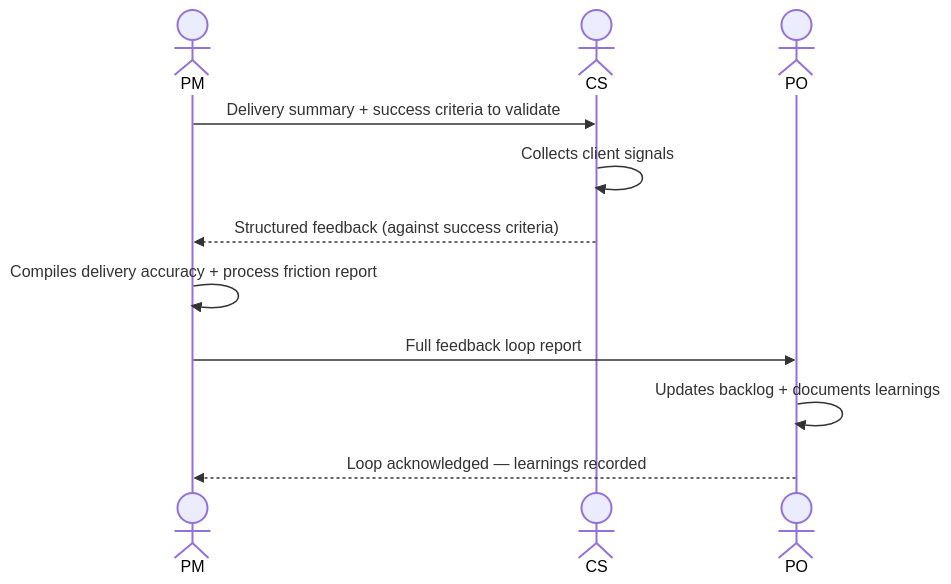
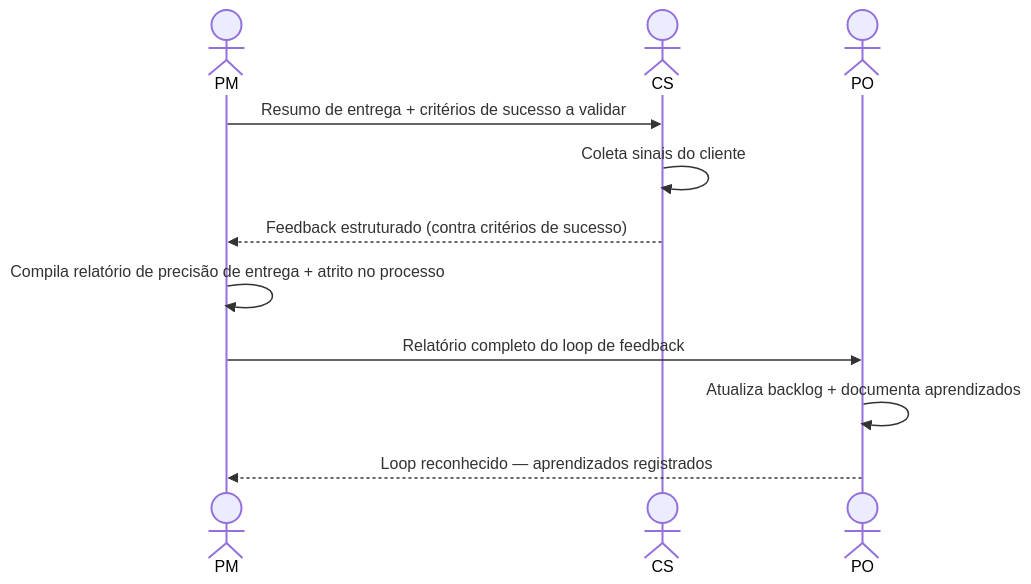
The diagram in interactions/14-pm-to-po-feedback.md (hugo-hsbtech/teamwork-process), drawn with Mermaid before and after one commit. The commit also changed other lines of this file and 64 other files, not shown here.

````diff
--- a/interactions/14-pm-to-po-feedback.md
+++ b/interactions/14-pm-to-po-feedback.md
@@ -61,16 +61,16 @@
 ```mermaid
 sequenceDiagram
     actor PM as PM
     actor CS as CS
     actor PO as PO
 
-    PM->>CS: Delivery summary + success criteria to validate
-    CS->>CS: Collects client signals
-    CS-->>PM: Structured feedback (against success criteria)
+    PM->>CS: Resumo de entrega + critérios de sucesso a validar
+    CS->>CS: Coleta sinais do cliente
+    CS-->>PM: Feedback estruturado (contra critérios de sucesso)
 
-    PM->>PM: Compiles delivery accuracy + process friction report
+    PM->>PM: Compila relatório de precisão de entrega + atrito no processo
 
-    PM->>PO: Full feedback loop report
-    PO->>PO: Updates backlog + documents learnings
-    PO-->>PM: Loop acknowledged — learnings recorded
+    PM->>PO: Relatório completo do loop de feedback
+    PO->>PO: Atualiza backlog + documenta aprendizados
+    PO-->>PM: Loop reconhecido — aprendizados registrados
 ```
````
